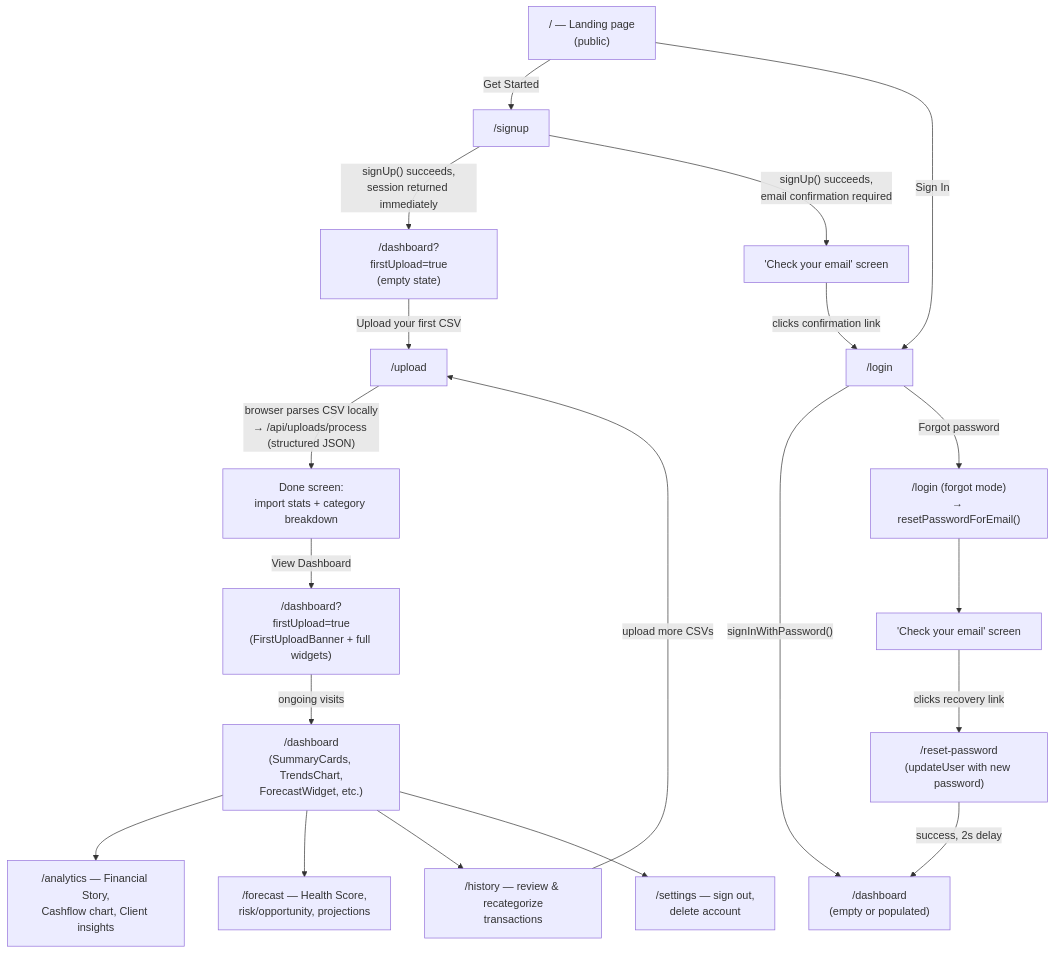
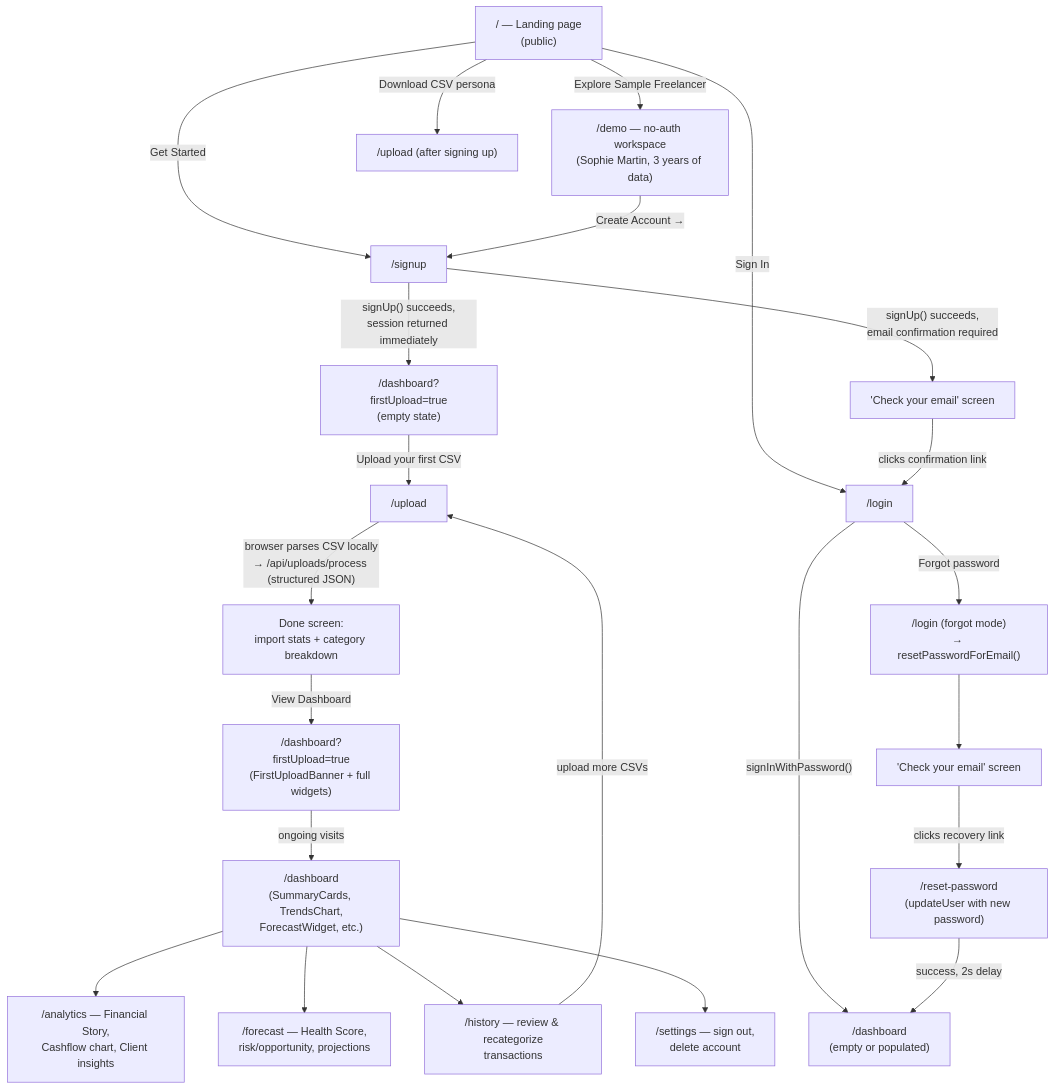
One commit to Robert-A2/freelancer-dashboard changed the first of 4 diagrams in docs/USER_JOURNEY.md. Above: the diagram before and after it, drawn with Mermaid. The commit also changed other lines of this file and 3 other files, not shown here.

First line of the commit message:
docs: sync demo experience — ARCHITECTURE, USER_JOURNEY, AUTHENTICATION, PRODUCT

````diff
--- a/docs/USER_JOURNEY.md
+++ b/docs/USER_JOURNEY.md
@@ -12,24 +12,27 @@
 ```mermaid
 flowchart TD
     A["/ — Landing page\n(public)"] -->|"Get Started"| B["/signup"]
     A -->|"Sign In"| C["/login"]
+    A -->|"Explore Sample Freelancer"| Demo["/demo — no-auth workspace\n(Sophie Martin, 3 years of data)"]
+    A -->|"Download CSV persona"| Upload2["/upload (after signing up)"]
+    Demo -->|"Create Account →"| B
     B -->|"signUp() succeeds,\nsession returned immediately"| D["/dashboard?firstUpload=true\n(empty state)"]
     B -->|"signUp() succeeds,\nemail confirmation required"| B2["'Check your email' screen"]
     B2 -->|"clicks confirmation link"| C
     C -->|"signInWithPassword()"| E["/dashboard\n(empty or populated)"]
     C -->|"Forgot password"| F["/login (forgot mode)\n→ resetPasswordForEmail()"]
     F --> F2["'Check your email' screen"]
     F2 -->|"clicks recovery link"| G["/reset-password\n(updateUser with new password)"]
     G -->|"success, 2s delay"| E
 
     D -->|"Upload your first CSV"| H["/upload"]
     H -->|"browser parses CSV locally\n→ /api/uploads/process (structured JSON)"| I["Done screen:\nimport stats + category breakdown"]
     I -->|"View Dashboard"| J["/dashboard?firstUpload=true\n(FirstUploadBanner + full widgets)"]
 
     J -->|"ongoing visits"| K["/dashboard\n(SummaryCards, TrendsChart,\nForecastWidget, etc.)"]
     K --> L["/analytics — Financial Story,\nCashflow chart, Client insights"]
     K --> M["/forecast — Health Score,\nrisk/opportunity, projections"]
     K --> N["/history — review & recategorize\ntransactions"]
     K --> O["/settings — sign out,\ndelete account"]
     N -->|"upload more CSVs"| H
 ```
````
